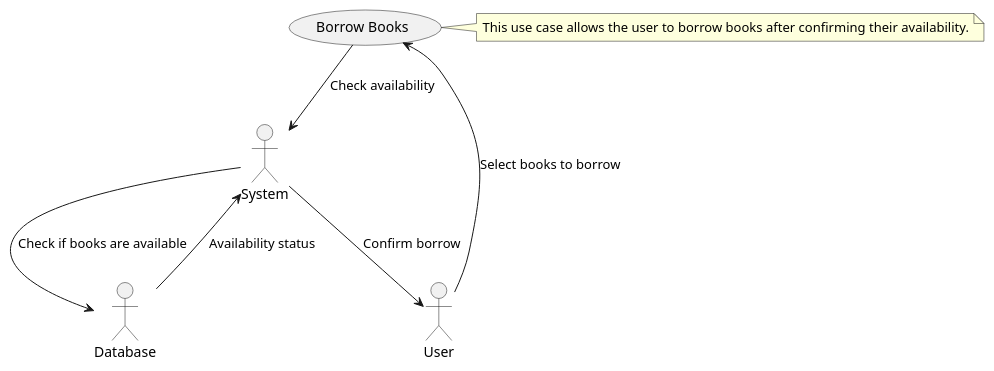
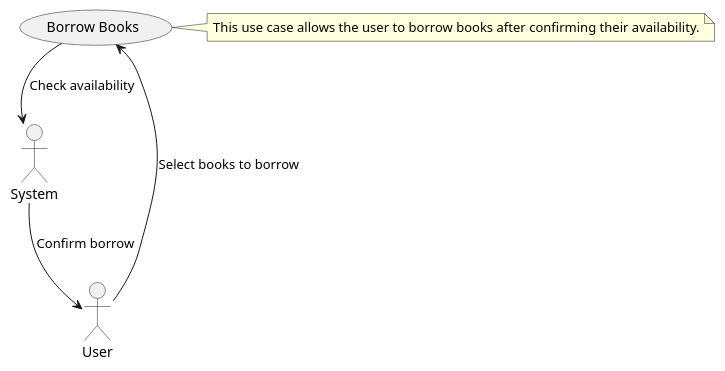
The diagram in docs/Use cases/Borrow Books.puml (mernaahmed2020/LibraryOO), drawn with PlantUML before and after one commit. The commit also changed other lines of this file, not shown here.

Commit message:
Update Borrow Books.puml

```diff
--- a/docs/Use cases/Borrow Books.puml
+++ b/docs/Use cases/Borrow Books.puml
@@ -1,19 +1,16 @@
 @startuml
 
 :User: as User
 :System: as System
-:Database: as Database
 
 (Borrow Books) as (UC4)
 
 User --> (UC4) : "Select books to borrow"
 (UC4) --> System : "Check availability"
-System --> Database : "Check if books are available"
-Database --> System : "Availability status"
 System --> User : "Confirm borrow"
 
 note right of (UC4)
 This use case allows the user to borrow books after confirming their availability.
 end note
 
 @enduml
```
